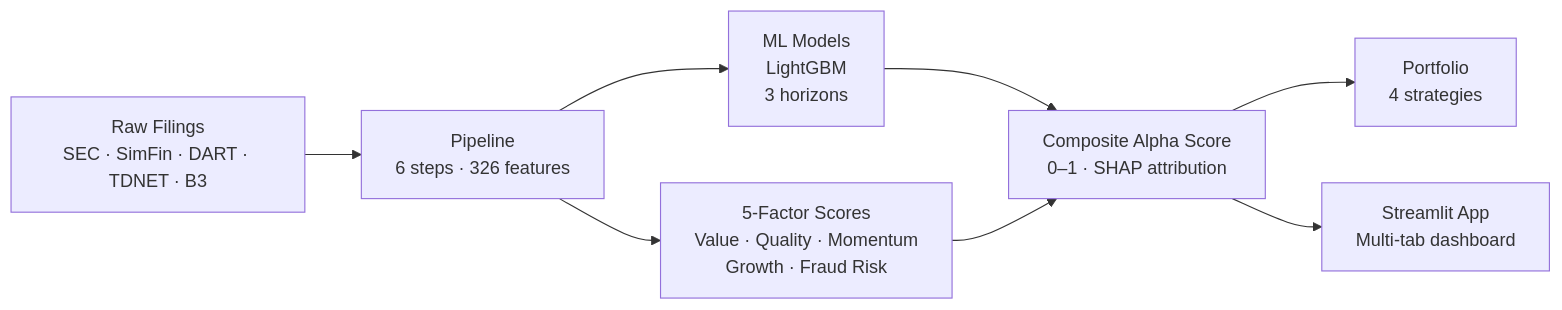
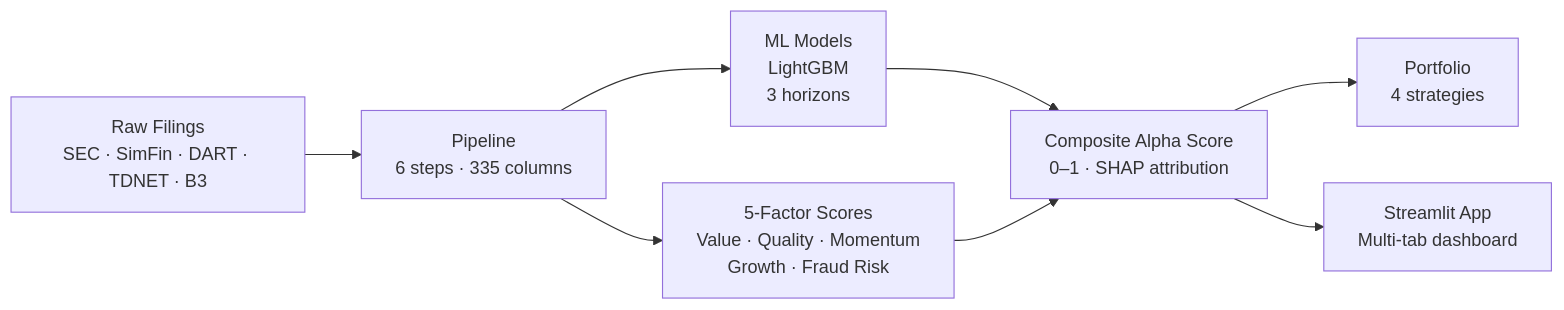
One commit to sherlock718/stock-fraud-screener changed the diagram in docs/index.md. Above: the diagram before and after it, drawn with Mermaid. The commit also changed other lines of this file and 14 other files, not shown here.

````diff
--- a/docs/index.md
+++ b/docs/index.md
@@ -75,10 +75,10 @@
 ```mermaid
 graph LR
-    A["Raw Filings<br/>SEC · SimFin · DART · TDNET · B3"] --> B["Pipeline<br/>6 steps · 326 features"]
+    A["Raw Filings<br/>SEC · SimFin · DART · TDNET · B3"] --> B["Pipeline<br/>6 steps · 335 columns"]
     B --> C["ML Models<br/>LightGBM<br/>3 horizons"]
     B --> D["5-Factor Scores<br/>Value · Quality · Momentum<br/>Growth · Fraud Risk"]
     C --> E["Composite Alpha Score<br/>0–1 · SHAP attribution"]
     D --> E
     E --> F["Portfolio<br/>4 strategies"]
     E --> G["Streamlit App<br/>Multi-tab dashboard"]
 ```
````
